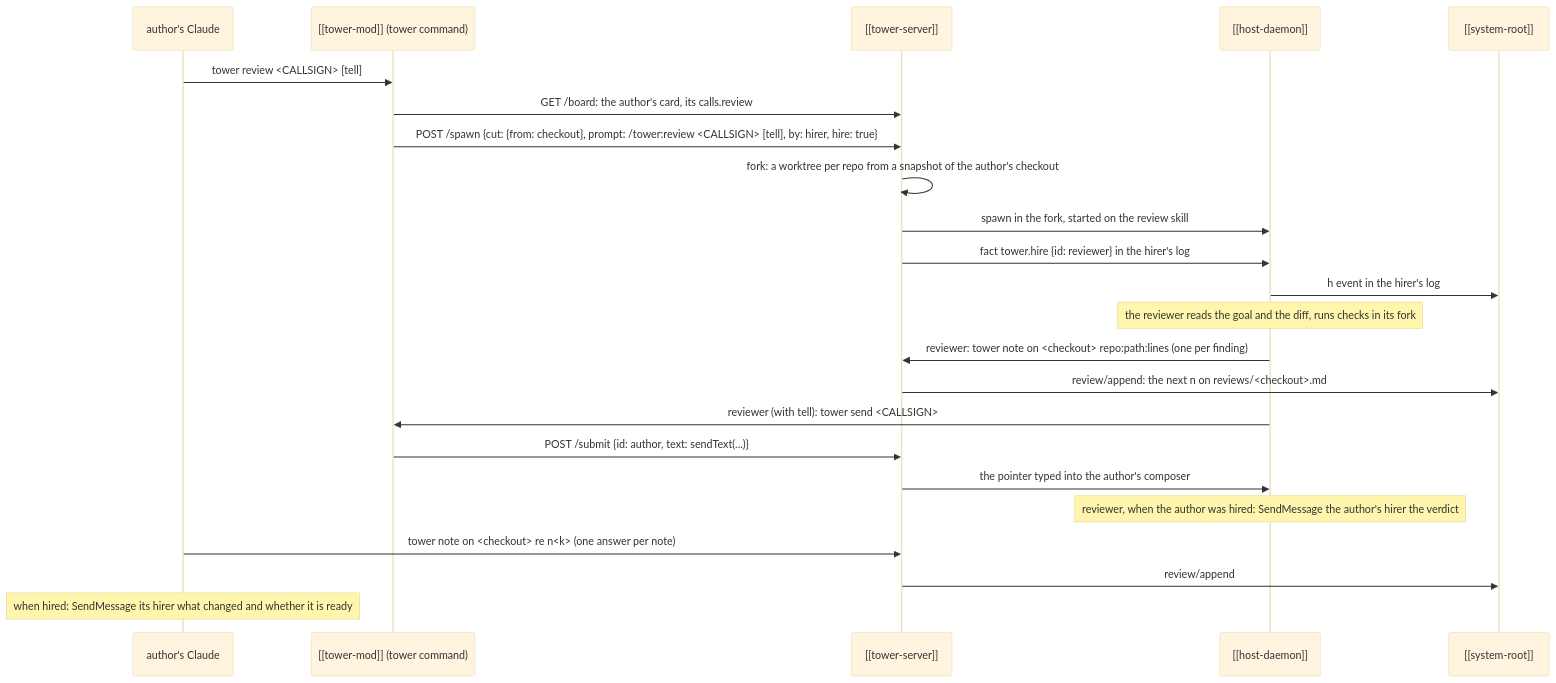
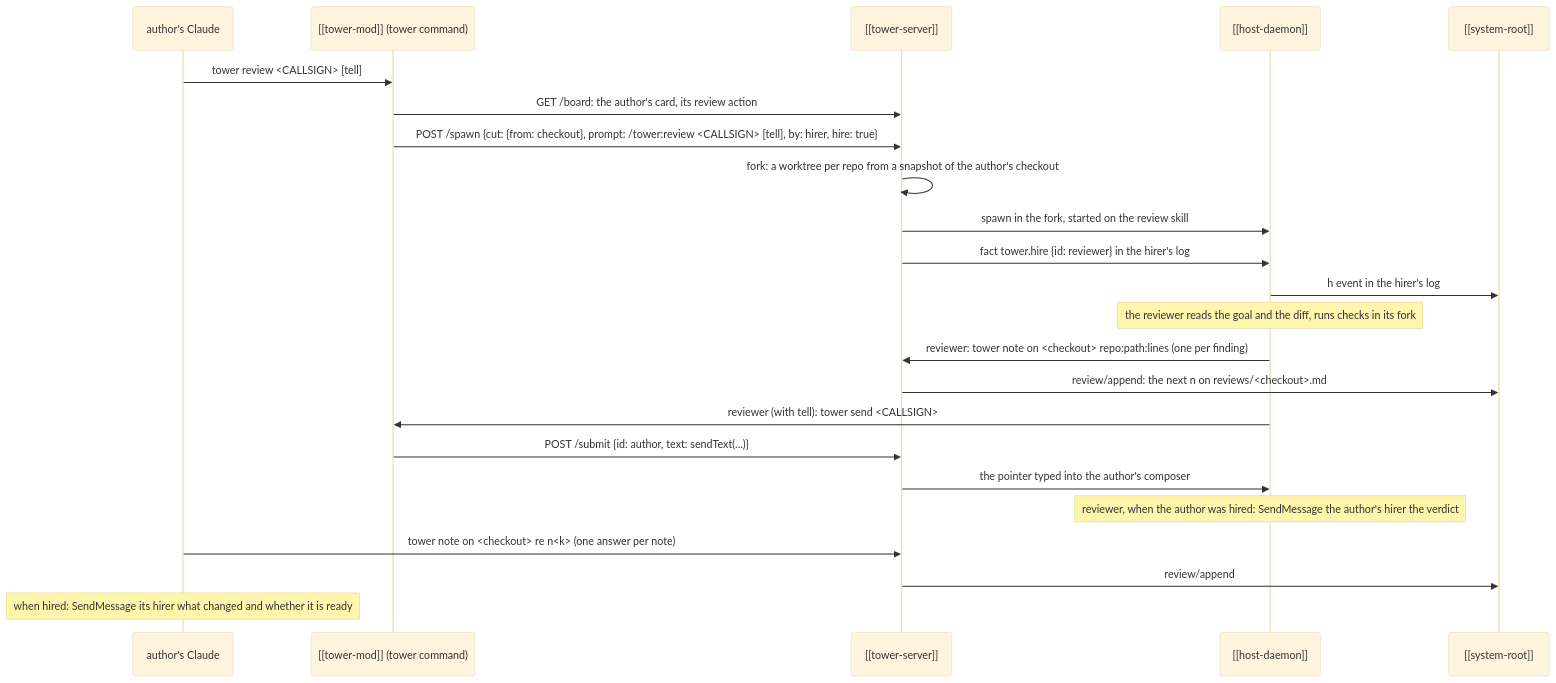
The diagram in kb/entities/flows/review-round.md (CarlosBonetti/the-tower), drawn with Mermaid (base theme) before and after one commit. The commit also changed other lines of this file and 11 other files, not shown here.

First line of the commit message:
board: policies and offers carry actions, beside their calls (API 1.74)

````diff
--- a/kb/entities/flows/review-round.md
+++ b/kb/entities/flows/review-round.md
@@ -12,25 +12,25 @@
 ```mermaid
 sequenceDiagram
   participant A as author's Claude
   participant M as [[tower-mod]] (tower command)
   participant T as [[tower-server]]
   participant H as [[host-daemon]]
   participant R as [[system-root]]
   A->>M: tower review <CALLSIGN> [tell]
-  M->>T: GET /board: the author's card, its calls.review
+  M->>T: GET /board: the author's card, its review action
   M->>T: POST /spawn {cut: {from: checkout}, prompt: /tower:review <CALLSIGN> [tell], by: hirer, hire: true}
   T->>T: fork: a worktree per repo from a snapshot of the author's checkout
   T->>H: spawn in the fork, started on the review skill
   T->>H: fact tower.hire {id: reviewer} in the hirer's log
   H->>R: h event in the hirer's log
   Note over H: the reviewer reads the goal and the diff, runs checks in its fork
   H->>T: reviewer: tower note on <checkout> repo:path:lines (one per finding)
   T->>R: review/append: the next n on reviews/<checkout>.md
   H->>M: reviewer (with tell): tower send <CALLSIGN>
   M->>T: POST /submit {id: author, text: sendText(...)}
   T->>H: the pointer typed into the author's composer
   Note over H: reviewer, when the author was hired: SendMessage the author's hirer the verdict
   A->>T: tower note on <checkout> re n<k> (one answer per note)
   T->>R: review/append
   Note over A: when hired: SendMessage its hirer what changed and whether it is ready
 ```
````
